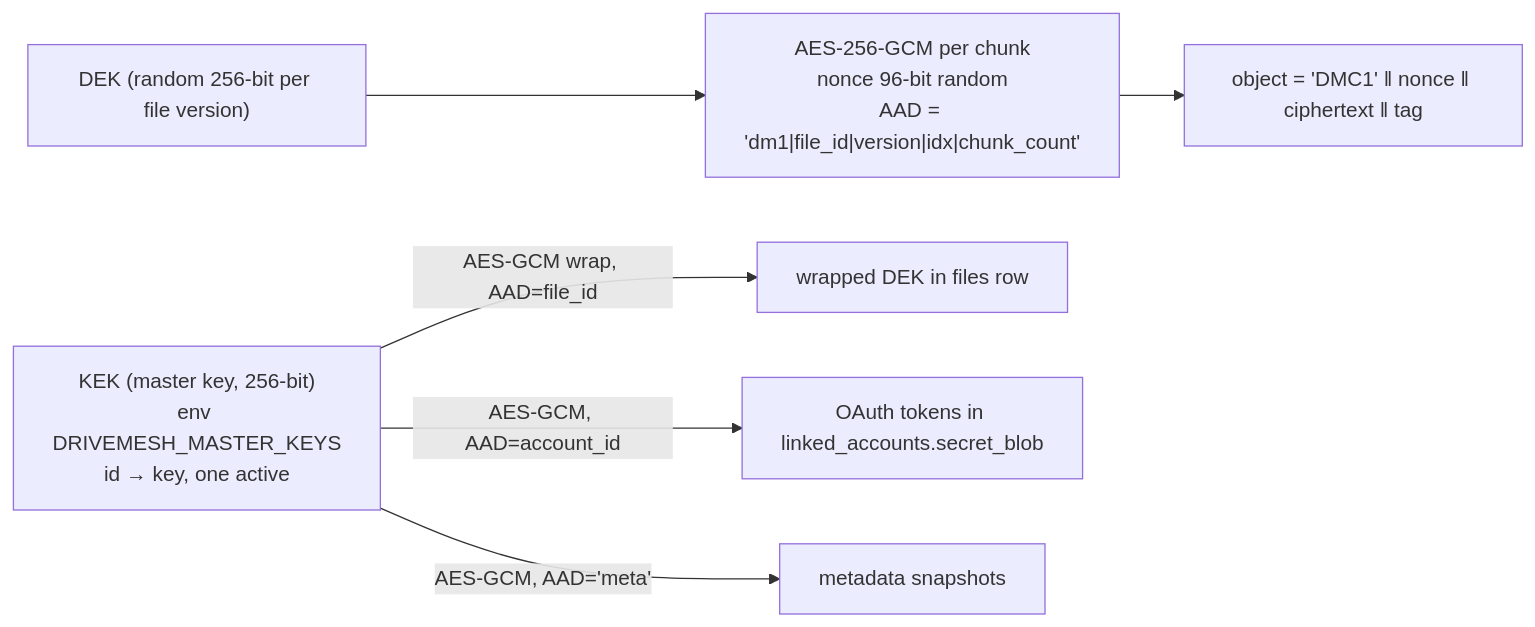
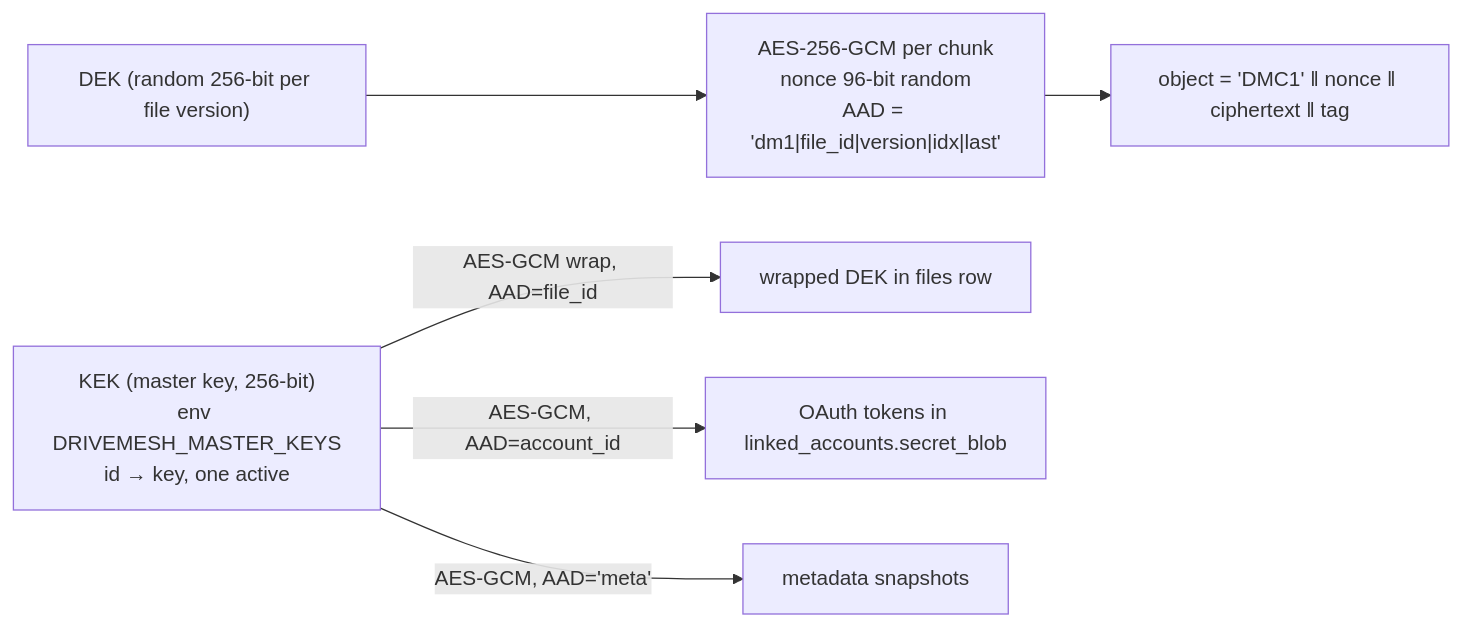
One commit to PRAJINRAJ-RANAWAT/DriveMesh changed the second of 2 diagrams in docs/design/03-lld.md. Above: the diagram before and after it, drawn with Mermaid. The commit also changed other lines of this file and 17 other files, not shown here.

````diff
--- a/docs/design/03-lld.md
+++ b/docs/design/03-lld.md
@@ -250,8 +250,8 @@
 ```mermaid
 flowchart LR
   KEK["KEK (master key, 256-bit)<br/>env DRIVEMESH_MASTER_KEYS<br/>id → key, one active"] -->|AES-GCM wrap, AAD=file_id| WDEK[wrapped DEK in files row]
-  DEK["DEK (random 256-bit per file version)"] --> ENC["AES-256-GCM per chunk<br/>nonce 96-bit random<br/>AAD = 'dm1|file_id|version|idx|chunk_count'"]
+  DEK["DEK (random 256-bit per file version)"] --> ENC["AES-256-GCM per chunk<br/>nonce 96-bit random<br/>AAD = 'dm1|file_id|version|idx|last'"]
   ENC --> OBJ["object = 'DMC1' ‖ nonce ‖ ciphertext ‖ tag"]
   KEK -->|AES-GCM, AAD=account_id| TOK[OAuth tokens in linked_accounts.secret_blob]
   KEK -->|AES-GCM, AAD='meta'| SNAP[metadata snapshots]
 ```
````
